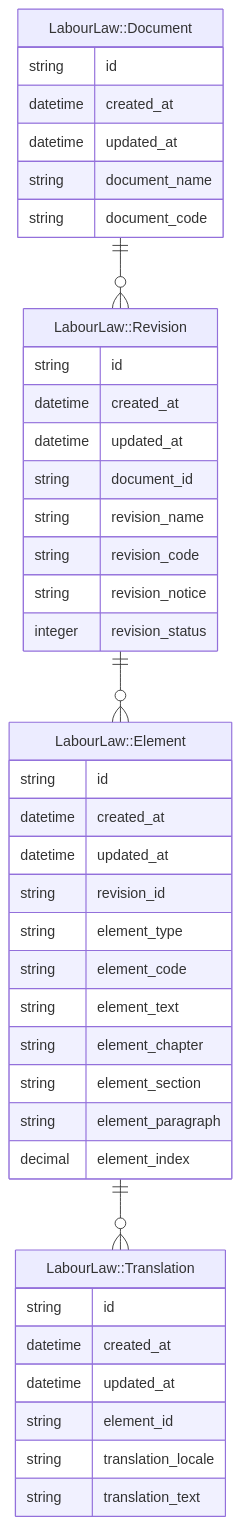
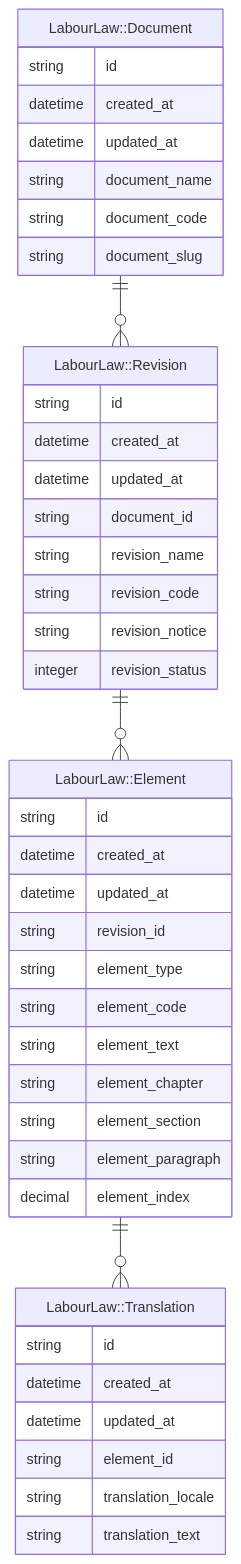
The diagram in app/pages/labour-law-module.en.md (henrycatalinismith/666a.se), drawn with Mermaid before and after one commit. The commit also changed 5 other files, not shown here.

Commit message:
Add document slug

```diff
--- a/app/pages/labour-law-module.en.md
+++ b/app/pages/labour-law-module.en.md
@@ -10,52 +10,53 @@
   <pre class="mermaid">
     erDiagram
 
       "LabourLaw::Document" {
           string id
           datetime created_at
           datetime updated_at
           string document_name
           string document_code
+          string document_slug
       }
 
       "LabourLaw::Document" ||--o{ "LabourLaw::Revision" : ""
 
       "LabourLaw::Revision" {
           string id
           datetime created_at
           datetime updated_at
           string document_id
           string revision_name
           string revision_code
           string revision_notice
           integer revision_status
       }
 
       "LabourLaw::Revision" ||--o{ "LabourLaw::Element" : ""
 
       "LabourLaw::Element" {
           string id
           datetime created_at
           datetime updated_at
           string revision_id
           string element_type
           string element_code
           string element_text
           string element_chapter 
           string element_section 
           string element_paragraph 
           decimal element_index
       }
 
       "LabourLaw::Element" ||--o{ "LabourLaw::Translation" : ""
 
       "LabourLaw::Translation" {
           string id
           datetime created_at
           datetime updated_at
           string element_id
           string translation_locale
           string translation_text
       }
 
   </pre>
```
